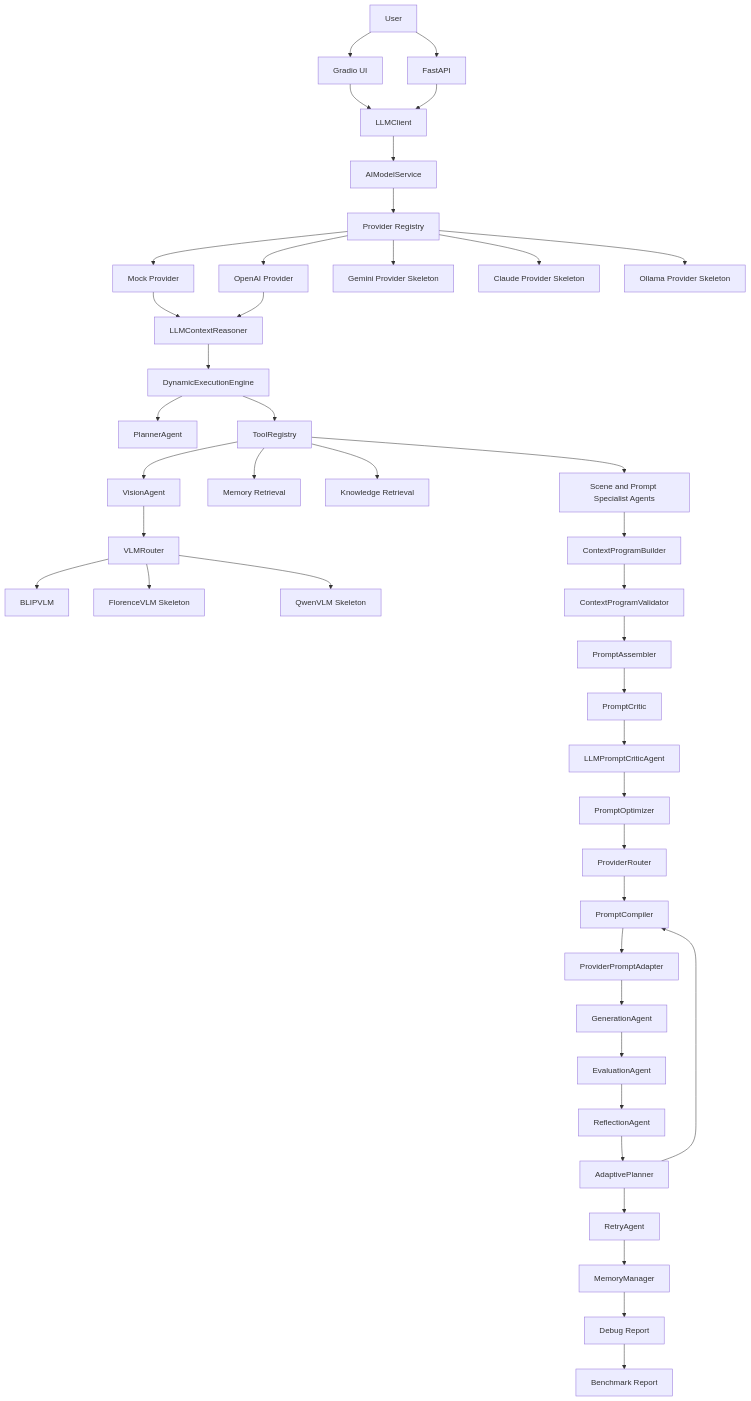
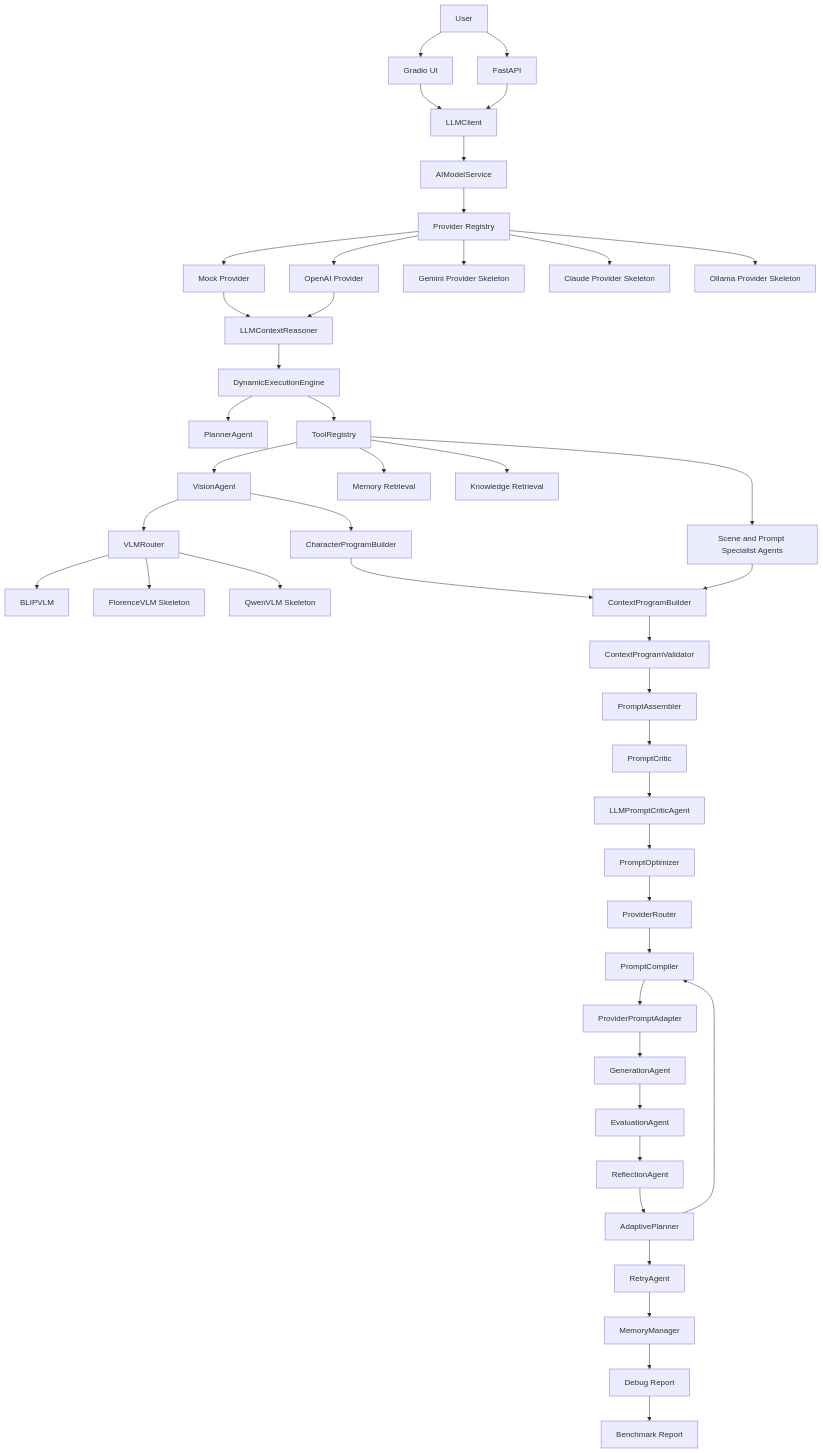
Before and after one commit to wooyybb/multimodal-ai-agent-playground: the diagram in docs/architecture.md, drawn with Mermaid. The commit also changed other lines of this file and 17 other files, not shown here.

````diff
--- a/docs/architecture.md
+++ b/docs/architecture.md
@@ -66,45 +69,47 @@
 ```mermaid
 flowchart TD
     U[User] --> UI[Gradio UI]
     U --> API[FastAPI]
     UI --> LC[LLMClient]
     API --> LC
     LC --> AMS[AIModelService]
     AMS --> REG[Provider Registry]
     REG --> ML[Mock Provider]
     REG --> OAI[OpenAI Provider]
     REG --> GEM[Gemini Provider Skeleton]
     REG --> CLA[Claude Provider Skeleton]
     REG --> OLL[Ollama Provider Skeleton]
     ML --> LR[LLMContextReasoner]
     OAI --> LR
     LR --> E[DynamicExecutionEngine]
     E --> P[PlannerAgent]
     E --> R[ToolRegistry]
     R --> V[VisionAgent]
     V --> VR[VLMRouter]
     VR --> BLIP[BLIPVLM]
     VR --> FLO[FlorenceVLM Skeleton]
     VR --> QW[QwenVLM Skeleton]
+    V --> CPB[CharacterProgramBuilder]
+    CPB --> CP[ContextProgramBuilder]
     R --> M1[Memory Retrieval]
     R --> K[Knowledge Retrieval]
     R --> S[Scene and Prompt Specialist Agents]
     S --> CP[ContextProgramBuilder]
     CP --> CV[ContextProgramValidator]
     CV --> PA[PromptAssembler]
     PA --> PC[PromptCritic]
     PC --> LPC[LLMPromptCriticAgent]
     LPC --> PO[PromptOptimizer]
     PO --> PR[ProviderRouter]
     PR --> PCMP[PromptCompiler]
     PCMP --> PPA[ProviderPromptAdapter]
     PPA --> G[GenerationAgent]
     G --> EV[EvaluationAgent]
     EV --> RF[ReflectionAgent]
     RF --> AP[AdaptivePlanner]
     AP --> PCMP
     AP --> RT[RetryAgent]
     RT --> MM[MemoryManager]
     MM --> DR[Debug Report]
     DR --> B[Benchmark Report]
 ```
````
